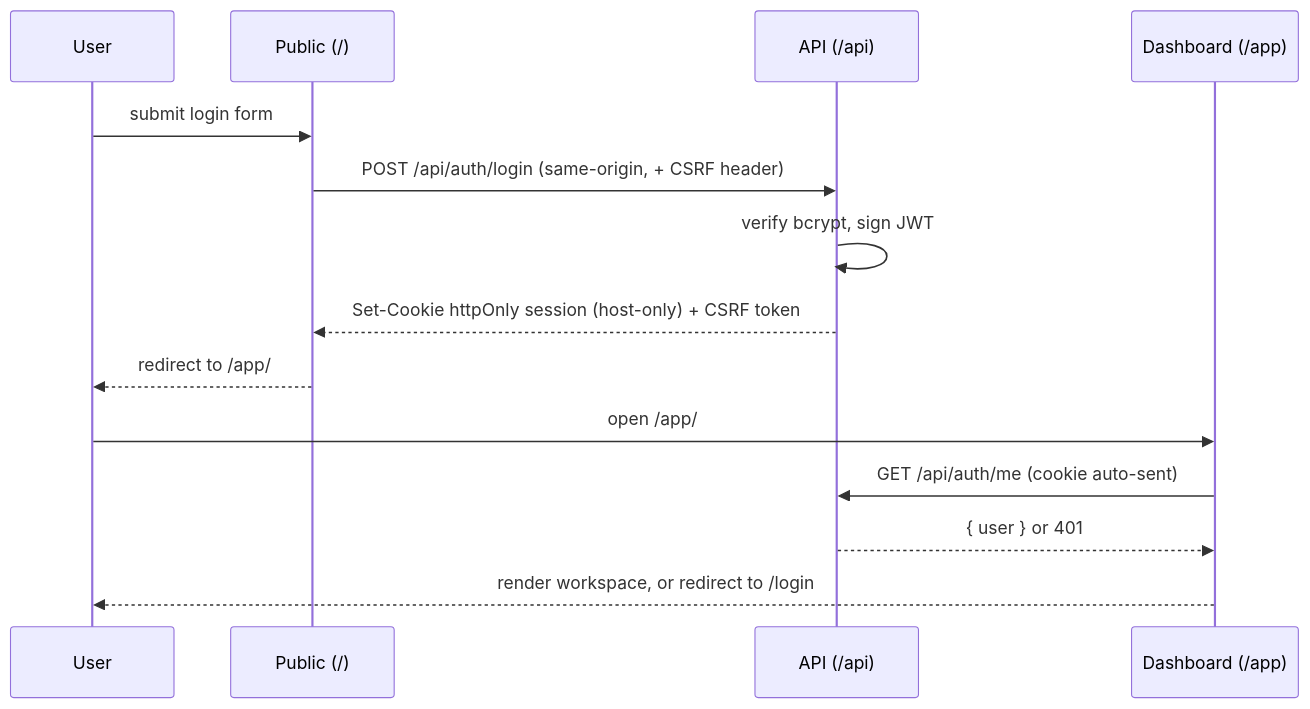
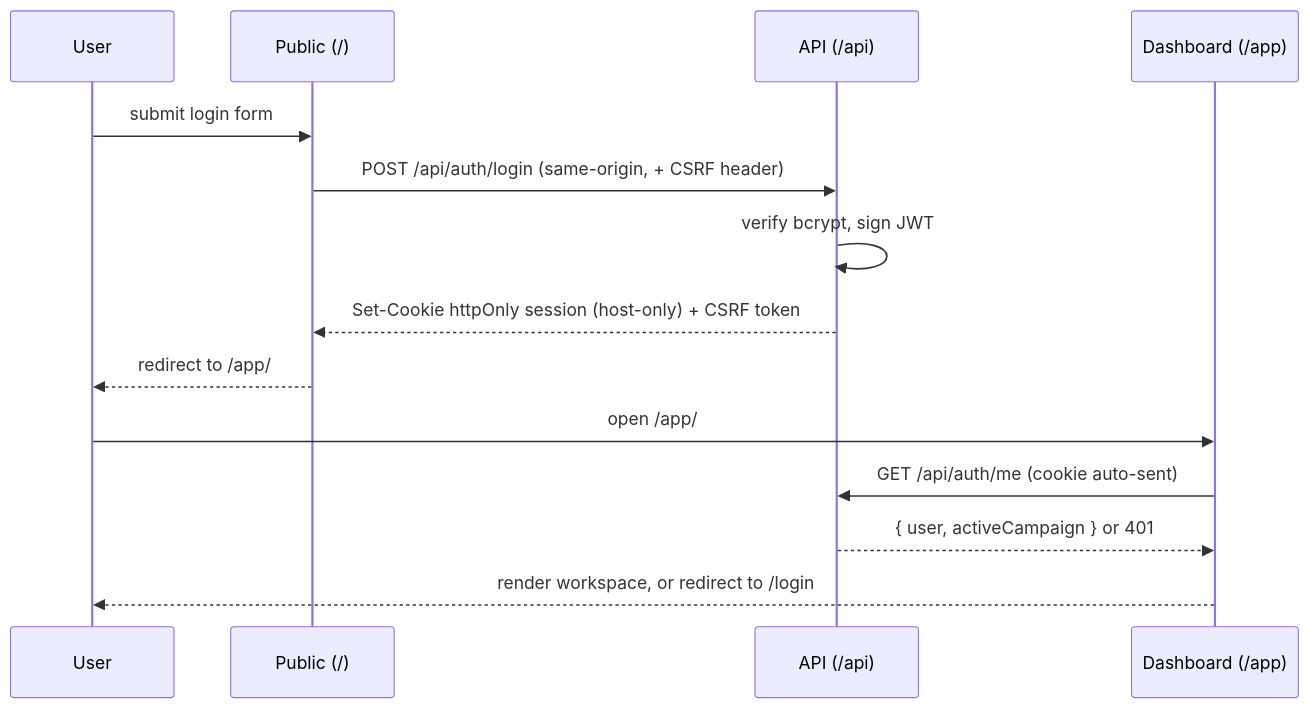
Before and after one commit to jeremyphillips/rpg-world-builder-app: the second of 2 diagrams in docs/architecture.md, drawn with Mermaid. The commit also changed other lines of this file and 20 other files, not shown here.

````diff
--- a/docs/architecture.md
+++ b/docs/architecture.md
@@ -82,16 +87,16 @@
 ```mermaid
 sequenceDiagram
   participant U as User
   participant P as Public (/)
   participant A as API (/api)
   participant D as Dashboard (/app)
   U->>P: submit login form
   P->>A: POST /api/auth/login (same-origin, + CSRF header)
   A->>A: verify bcrypt, sign JWT
   A-->>P: Set-Cookie httpOnly session (host-only) + CSRF token
   P-->>U: redirect to /app/
   U->>D: open /app/
   D->>A: GET /api/auth/me (cookie auto-sent)
-  A-->>D: { user } or 401
+  A-->>D: { user, activeCampaign } or 401
   D-->>U: render workspace, or redirect to /login
 ```
````
